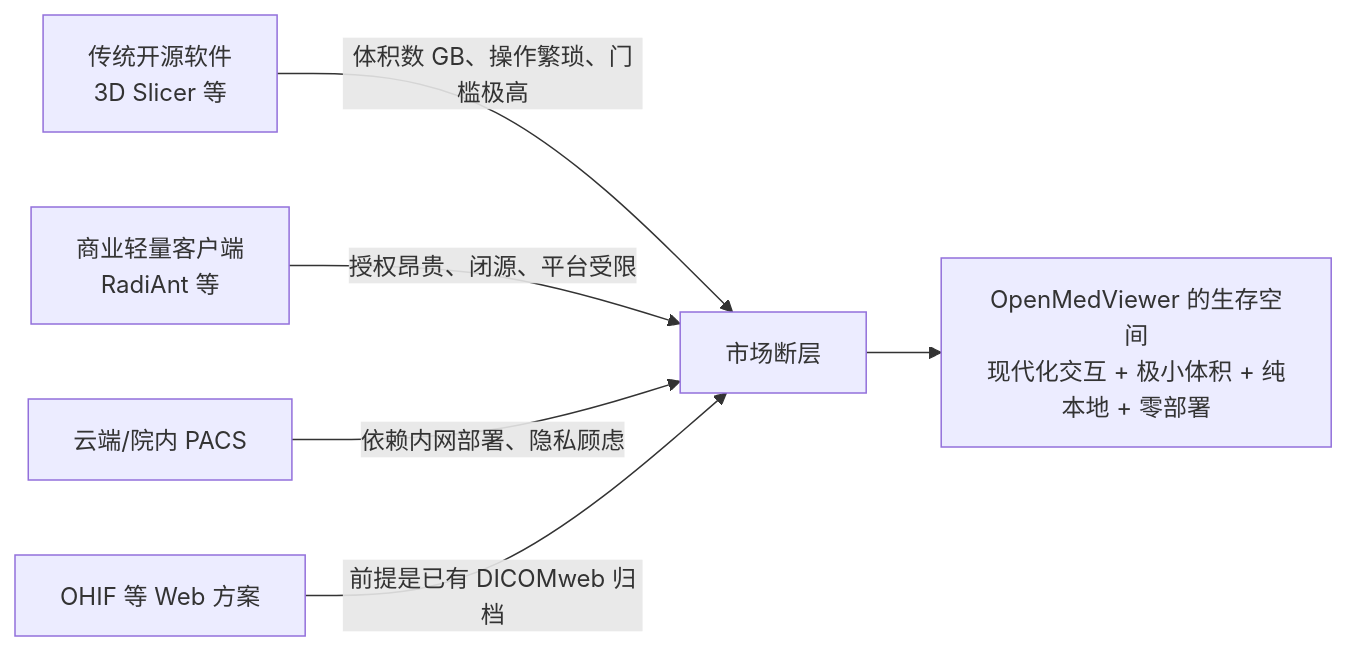
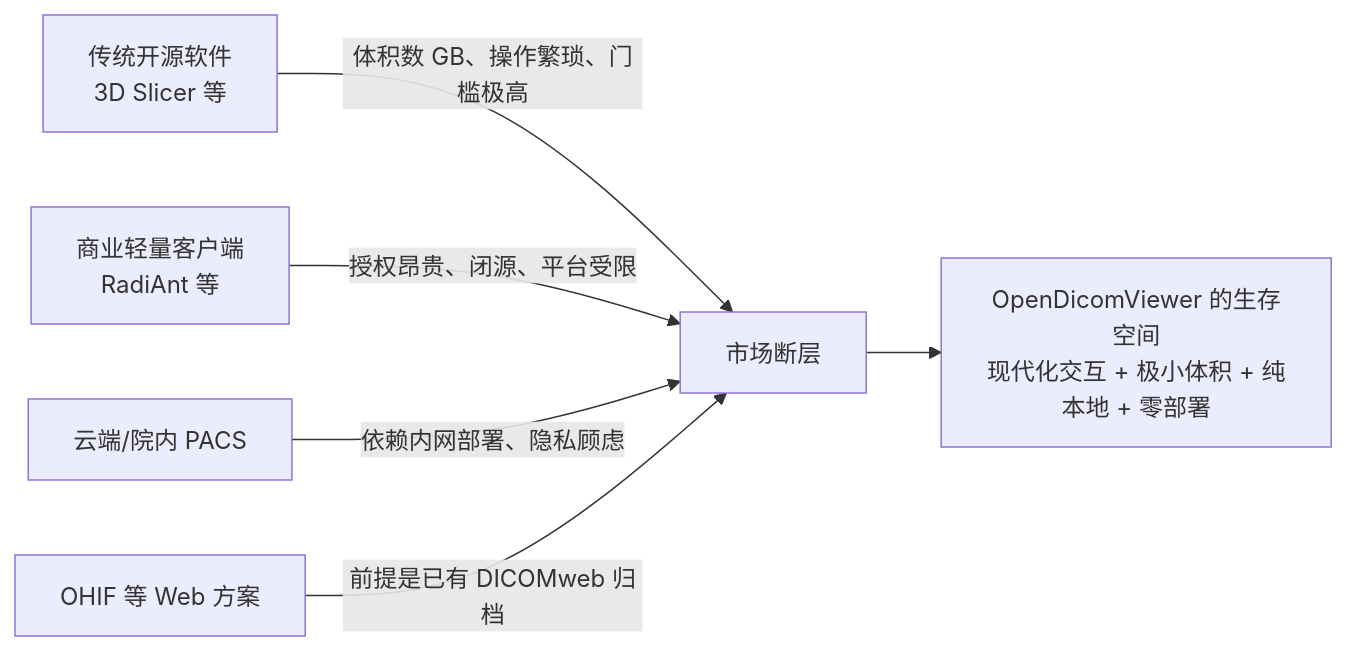
Before and after one commit to Xxcool/opendicomviewer: the first of 4 diagrams in docs/ARCHITECTURE.md, drawn with Mermaid. The commit also changed other lines of this file and 6 other files, not shown here.

Commit message:
chore: rename project to OpenDicomViewer and update ADR-011

````diff
--- a/docs/ARCHITECTURE.md
+++ b/docs/ARCHITECTURE.md
@@ -118,8 +119,8 @@
 ```mermaid
 flowchart LR
     A["传统开源软件<br/>3D Slicer 等"] -->|"体积数 GB、操作繁琐、门槛极高"| D["市场断层"]
     B["商业轻量客户端<br/>RadiAnt 等"] -->|"授权昂贵、闭源、平台受限"| D
     C["云端/院内 PACS"] -->|"依赖内网部署、隐私顾虑"| D
     E["OHIF 等 Web 方案"] -->|"前提是已有 DICOMweb 归档"| D
-    D --> F["OpenMedViewer 的生存空间<br/>现代化交互 + 极小体积 + 纯本地 + 零部署"]
+    D --> F["OpenDicomViewer 的生存空间<br/>现代化交互 + 极小体积 + 纯本地 + 零部署"]
 ```
````
